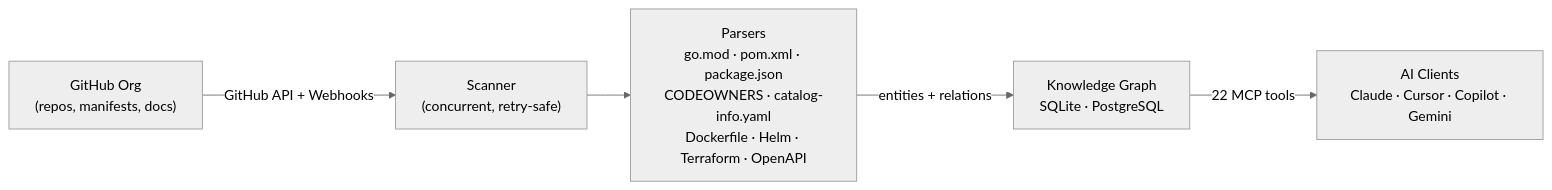
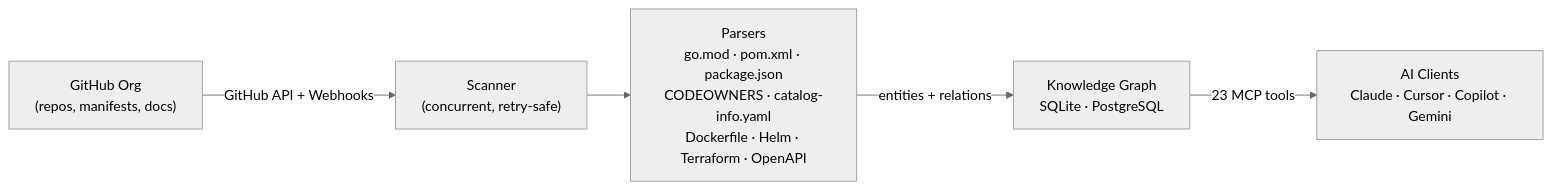
The diagram in README.md (doc-scout/mcp-server), drawn with Mermaid (neutral theme) before and after one commit. The commit also changed other lines of this file and 5 other files, not shown here.

````diff
--- a/README.md
+++ b/README.md
@@ -29,13 +29,13 @@
 ```mermaid
 graph LR
     GH["GitHub Org\n(repos, manifests, docs)"]
     S["Scanner\n(concurrent, retry-safe)"]
     P["Parsers\ngo.mod · pom.xml · package.json\nCODEOWNERS · catalog-info.yaml\nDockerfile · Helm · Terraform · OpenAPI"]
     G["Knowledge Graph\nSQLite · PostgreSQL"]
     AI["AI Clients\nClaude · Cursor · Copilot · Gemini"]
 
     GH -->|"GitHub API + Webhooks"| S
     S --> P
     P -->|"entities + relations"| G
-    G -->|"22 MCP tools"| AI
+    G -->|"23 MCP tools"| AI
 ```
````
